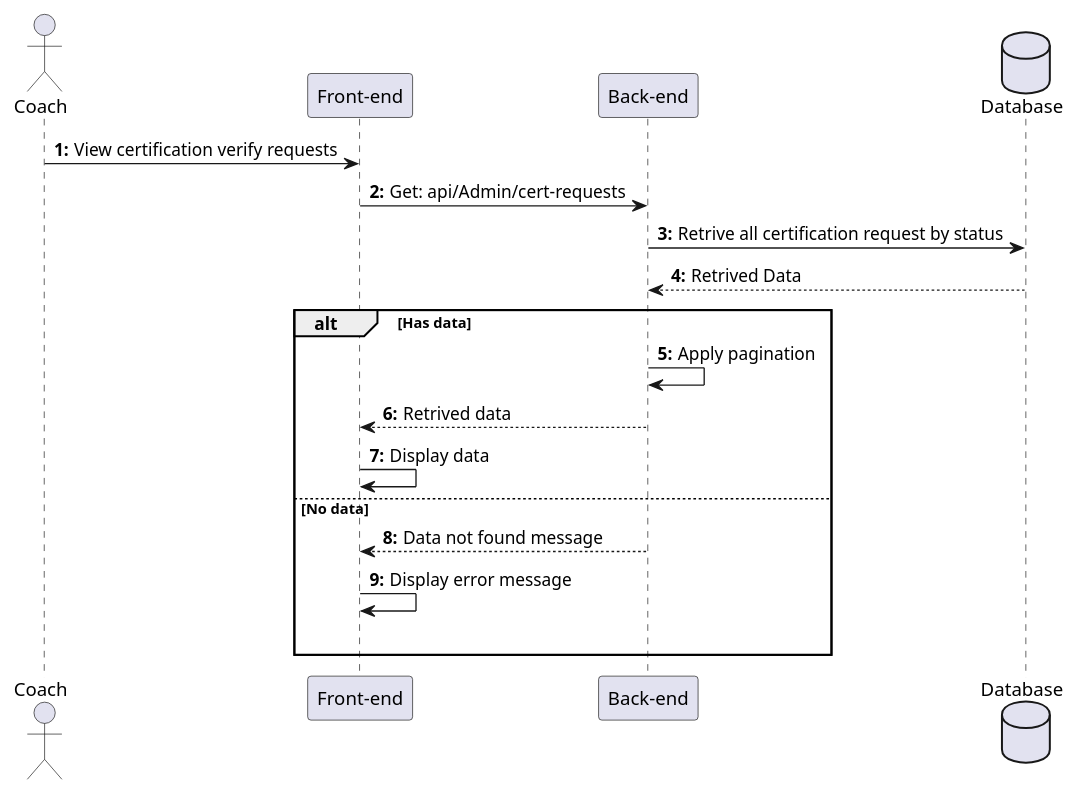
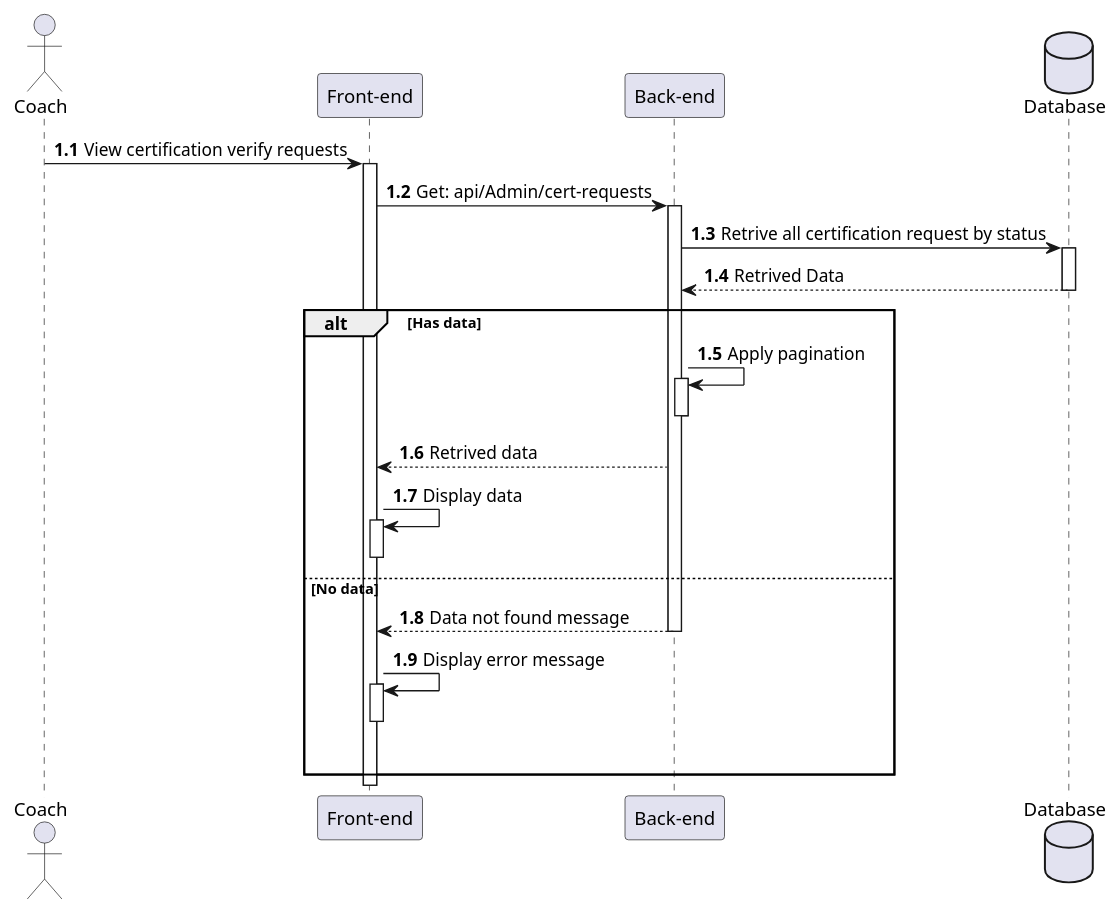
The diagram in Sequences_diagrams/ViewCoachVerifyReq.pu (HTPhong-276/iCoaching-Diagrams), drawn with PlantUML before and after one commit. The commit also changed 49 other files, not shown here.

```diff
--- a/Sequences_diagrams/ViewCoachVerifyReq.pu
+++ b/Sequences_diagrams/ViewCoachVerifyReq.pu
@@ -1,25 +1,30 @@
 @startuml ViewCoachVerifyRequest
 
 actor Coach as user
 participant "Front-end" as client
 participant "Back-end" as server 
 database "Database" as db
 
-autonumber "<b>0:"
+autonumber 1.1 "<b>0:"
 
-user -> client : View certification verify requests 
-client -> server : Get: api/Admin/cert-requests
-server -> db : Retrive all certification request by status
+user -> client++ : View certification verify requests 
+client -> server++ : Get: api/Admin/cert-requests
+server -> db++ : Retrive all certification request by status
 db --> server : Retrived Data
+deactivate
 
 alt Has data
-    server -> server : Apply pagination
+    server -> server++ : Apply pagination
+    deactivate
     server --> client : Retrived data
-    client -> client : Display data
+    client -> client++ : Display data
+    deactivate
 
 else No data
     server --> client : Data not found message
-    client -> client : Display error message 
+    deactivate
+    client -> client++ : Display error message 
+    deactivate
     |||
 end 
 @enduml
```
